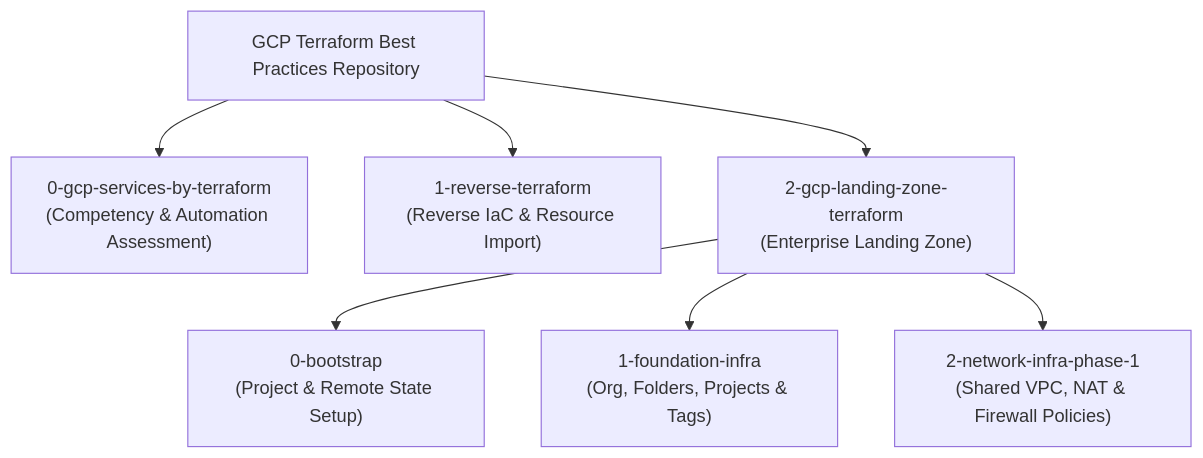
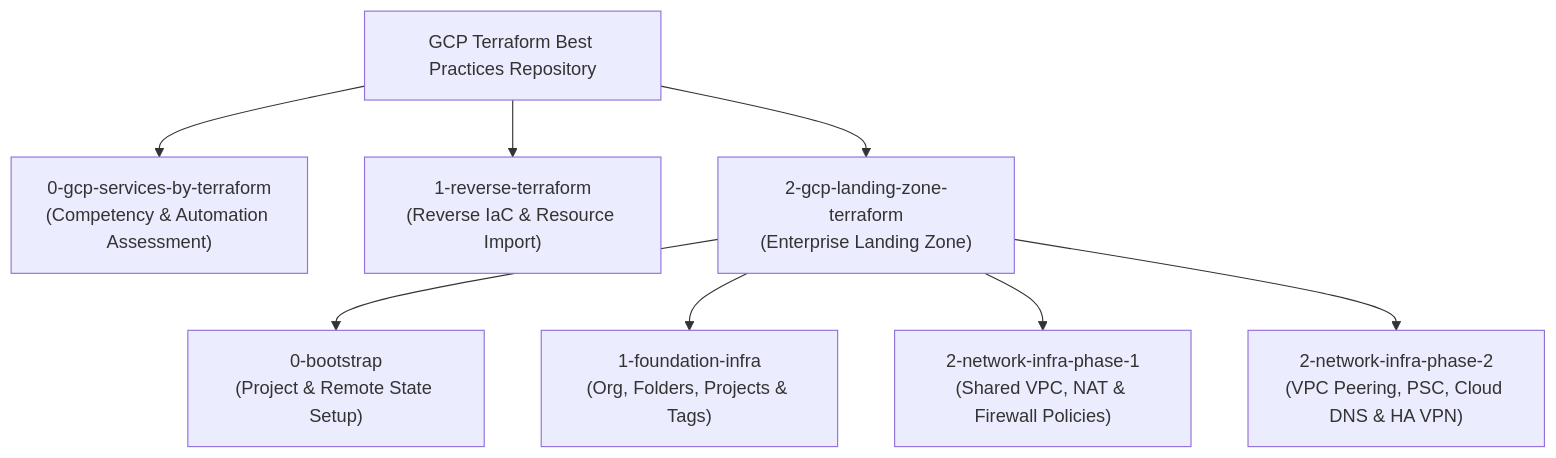
The diagram in README.md (yuva-cloud-devops/gcp-terraform-best-practices), drawn with Mermaid before and after one commit. The commit also changed other lines of this file and 2 other files, not shown here.

Commit message:
docs: add documentation for network infrastructure phase 2 advanced features

````diff
--- a/README.md
+++ b/README.md
@@ -9,10 +9,11 @@
 ```mermaid
 flowchart TD
     Root["GCP Terraform Best Practices Repository"] --> Mod0["0-gcp-services-by-terraform\n(Competency & Automation Assessment)"]
     Root --> Mod1["1-reverse-terraform\n(Reverse IaC & Resource Import)"]
     Root --> Mod2["2-gcp-landing-zone-terraform\n(Enterprise Landing Zone)"]
 
     Mod2 --> LZ0["0-bootstrap\n(Project & Remote State Setup)"]
     Mod2 --> LZ1["1-foundation-infra\n(Org, Folders, Projects & Tags)"]
     Mod2 --> LZ2["2-network-infra-phase-1\n(Shared VPC, NAT & Firewall Policies)"]
+    Mod2 --> LZ3["2-network-infra-phase-2\n(VPC Peering, PSC, Cloud DNS & HA VPN)"]
 ```
````
